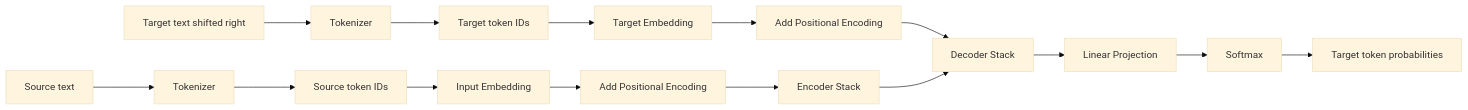
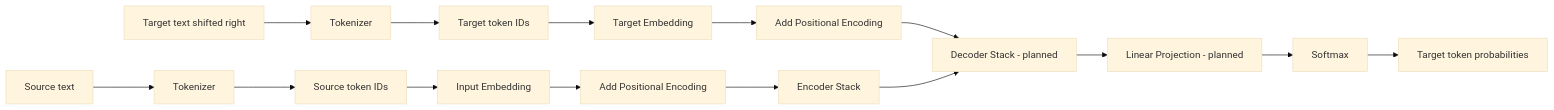
Before and after one commit to Ayushsan1/Transformer---Architecture-Implementation-Attention-is-all-you-need-: the first of 3 diagrams in README.md, drawn with Mermaid (base theme). The commit also changed other lines of this file and 5 other files, not shown here.

````diff
--- a/README.md
+++ b/README.md
@@ -28,19 +31,19 @@
 ```mermaid
 flowchart LR
     A[Source text] --> B[Tokenizer]
     B --> C[Source token IDs]
     C --> D[Input Embedding]
     D --> E[Add Positional Encoding]
     E --> F[Encoder Stack]
 
     G[Target text shifted right] --> H[Tokenizer]
     H --> I[Target token IDs]
     I --> J[Target Embedding]
     J --> K[Add Positional Encoding]
-    K --> L[Decoder Stack]
+    K --> L[Decoder Stack - planned]
 
     F --> L
-    L --> M[Linear Projection]
+    L --> M[Linear Projection - planned]
     M --> N[Softmax]
     N --> O[Target token probabilities]
 ```
````
